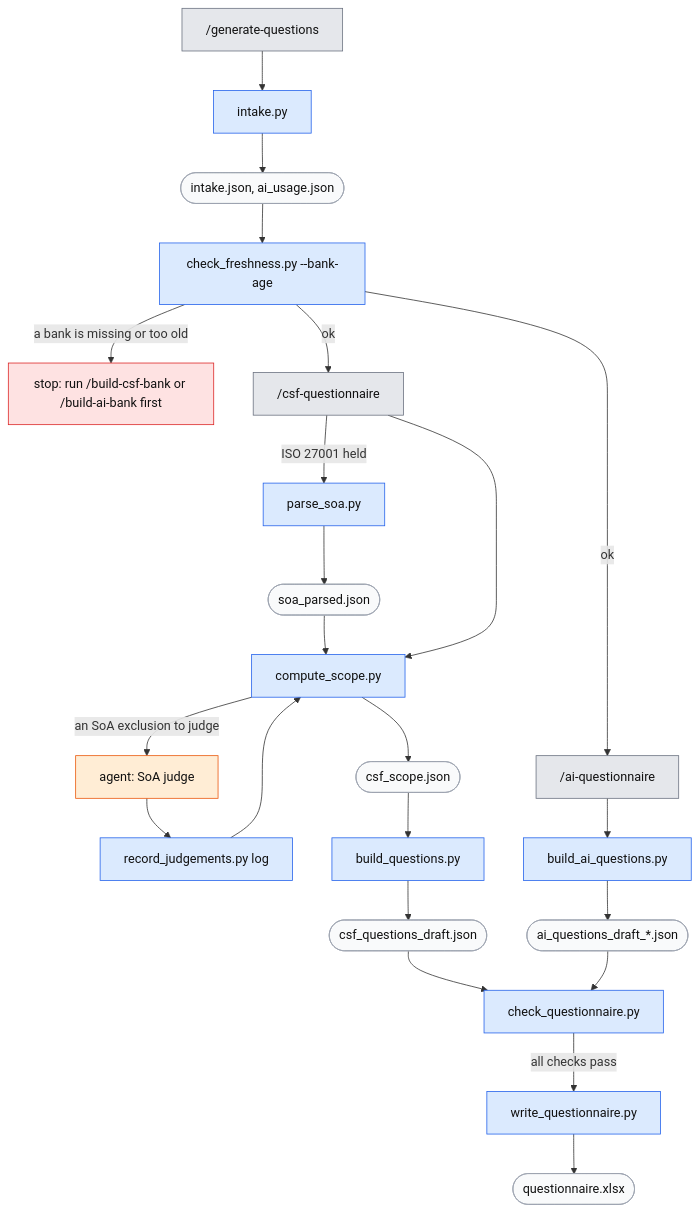
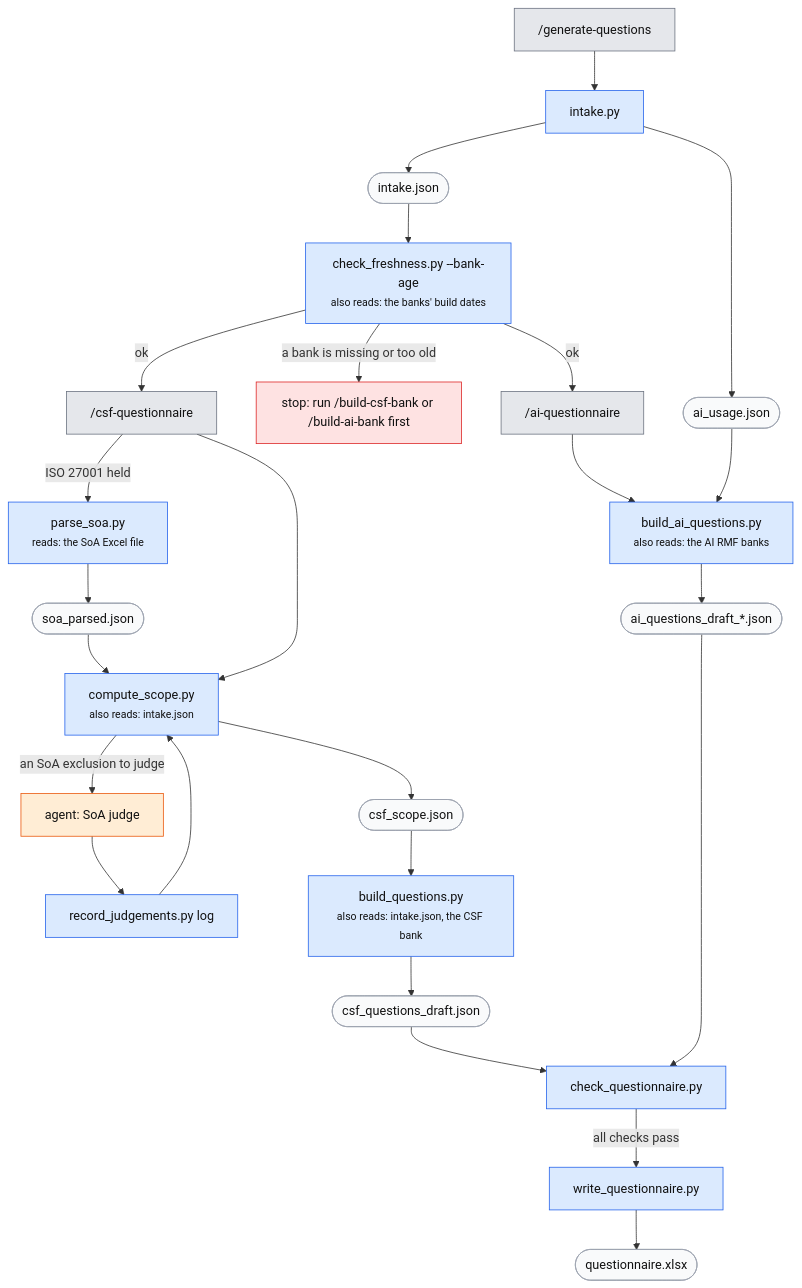
One commit to srilekha82/csf-ai-self-assessment changed the first of 3 diagrams in docs/guide.md. Above: the diagram before and after it, drawn with Mermaid. The commit also changed other lines of this file, not shown here.

First line of the commit message:
Guide diagrams: arrows match each script's Called by / Input / Output

````diff
--- a/docs/guide.md
+++ b/docs/guide.md
@@ -108,25 +108,32 @@
 ```mermaid
 flowchart TD
-    GQ["/generate-questions"]:::cmd --> IN[intake.py]:::script --> IJ([intake.json, ai_usage.json]):::file
-    IJ --> AGE["check_freshness.py --bank-age"]:::script
+    GQ["/generate-questions"]:::cmd --> IN[intake.py]:::script
+    IN --> INT([intake.json]):::file
+    IN --> USE([ai_usage.json]):::file
+    INT --> AGE["check_freshness.py --bank-age<br/><small>also reads: the banks' build dates</small>"]:::script
     AGE -- "a bank is missing or too old" --> STOP["stop: run /build-csf-bank or /build-ai-bank first"]:::stop
     AGE -- ok --> CQ["/csf-questionnaire"]:::cmd
     AGE -- ok --> AQ["/ai-questionnaire"]:::cmd
 
-    CQ -- "ISO 27001 held" --> SOA[parse_soa.py]:::script --> SOAJ([soa_parsed.json]):::file --> SC
-    CQ --> SC[compute_scope.py]:::script
+    CQ -- "ISO 27001 held" --> SOA["parse_soa.py<br/><small>reads: the SoA Excel file</small>"]:::script --> SOAJ([soa_parsed.json]):::file
+    SOAJ --> SC["compute_scope.py<br/><small>also reads: intake.json</small>"]:::script
+    CQ --> SC
     SC -- "an SoA exclusion to judge" --> J["agent: SoA judge"]:::agent --> RJ[record_judgements.py log]:::script --> SC
-    SC --> SCJ([csf_scope.json]):::file --> BQ[build_questions.py]:::script --> CD([csf_questions_draft.json]):::file
+    SC --> SCJ([csf_scope.json]):::file --> BQ["build_questions.py<br/><small>also reads: intake.json, the CSF bank</small>"]:::script
+    BQ --> CD([csf_questions_draft.json]):::file
 
-    AQ --> BAQ[build_ai_questions.py]:::script --> AD([ai_questions_draft_*.json]):::file
+    AQ --> BAQ["build_ai_questions.py<br/><small>also reads: the AI RMF banks</small>"]:::script
+    USE --> BAQ
+    BAQ --> AD([ai_questions_draft_*.json]):::file
 
     CD --> CHK[check_questionnaire.py]:::script
     AD --> CHK
     CHK -- "all checks pass" --> WQ[write_questionnaire.py]:::script --> X([questionnaire.xlsx]):::file
 
     classDef cmd fill:#e5e7eb,stroke:#6b7280,color:#111
     classDef script fill:#dbeafe,stroke:#2563eb,color:#111
     classDef agent fill:#ffedd5,stroke:#ea580c,color:#111
+    classDef you fill:#dcfce7,stroke:#16a34a,color:#111
     classDef file fill:#f9fafb,stroke:#9ca3af,color:#111
     classDef stop fill:#fee2e2,stroke:#dc2626,color:#111
 ```
````
